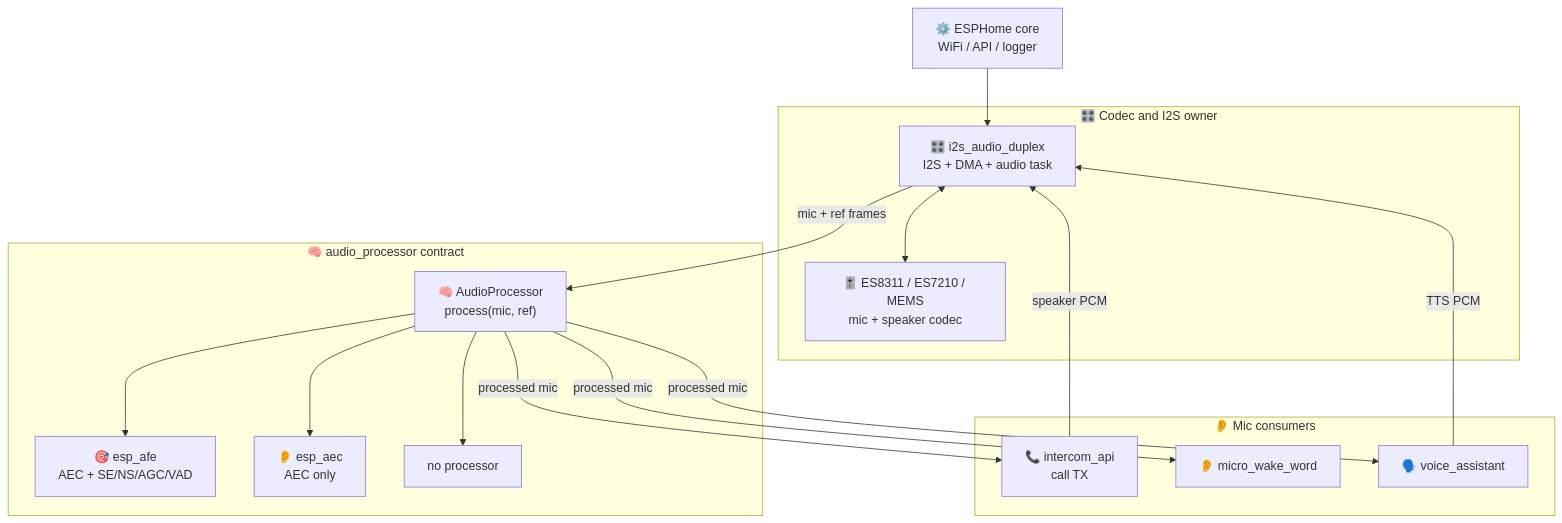
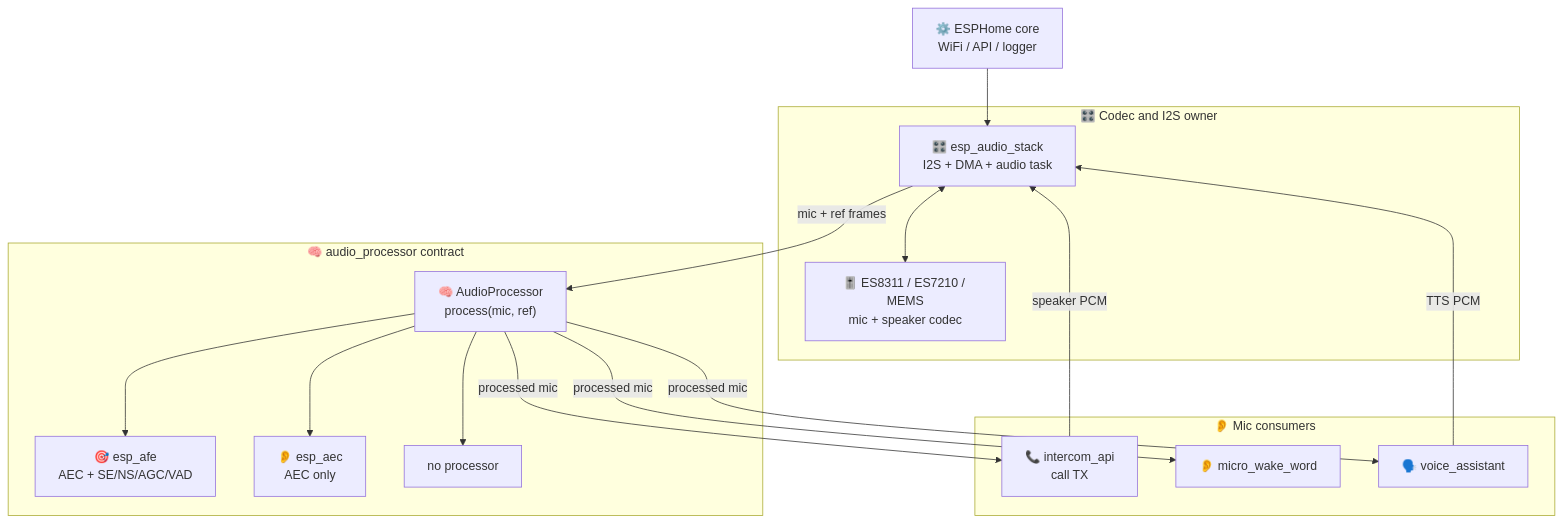
One commit to csfrussa/esphome-intercom changed the second of 3 diagrams in docs/ARCHITECTURE.md. Above: the diagram before and after it, drawn with Mermaid. The commit also changed other lines of this file and 78 other files, not shown here.

First line of the commit message:
refactor audio stack around espressif backend

````diff
--- a/docs/ARCHITECTURE.md
+++ b/docs/ARCHITECTURE.md
@@ -39,34 +39,34 @@
 ```mermaid
 flowchart TD
     Core["⚙️ ESPHome core<br/>WiFi / API / logger"]
 
     subgraph IO["🎛️ Codec and I2S owner"]
-        Duplex["🎛️ i2s_audio_duplex<br/>I2S + DMA + audio task"]
+        Duplex["🎛️ esp_audio_stack<br/>I2S + DMA + audio task"]
         Codec["🎚️ ES8311 / ES7210 / MEMS<br/>mic + speaker codec"]
     end
 
     subgraph Proc["🧠 audio_processor contract"]
         Contract["🧠 AudioProcessor<br/>process(mic, ref)"]
         AFE["🎯 esp_afe<br/>AEC + SE/NS/AGC/VAD"]
         AEC["👂 esp_aec<br/>AEC only"]
         NoProc["no processor"]
     end
 
     subgraph Consumers["👂 Mic consumers"]
         Intercom["📞 intercom_api<br/>call TX"]
         MWW["👂 micro_wake_word"]
         VA["🗣️ voice_assistant"]
     end
 
     Core --> Duplex
     Duplex <--> Codec
     Duplex -->|"mic + ref frames"| Contract
     Contract --> AFE
     Contract --> AEC
     Contract --> NoProc
     Contract -->|"processed mic"| Intercom
     Contract -->|"processed mic"| MWW
     Contract -->|"processed mic"| VA
     Intercom -->|"speaker PCM"| Duplex
     VA -->|"TTS PCM"| Duplex
 ```
````
